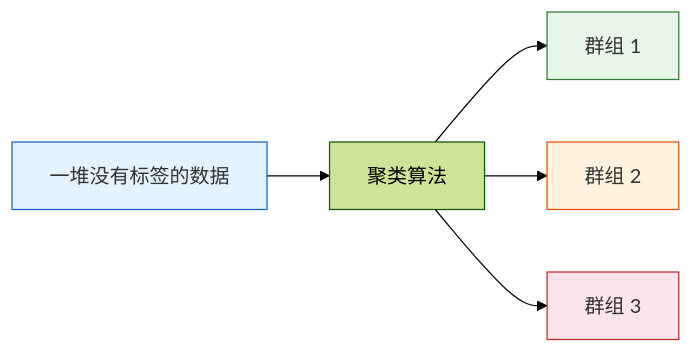
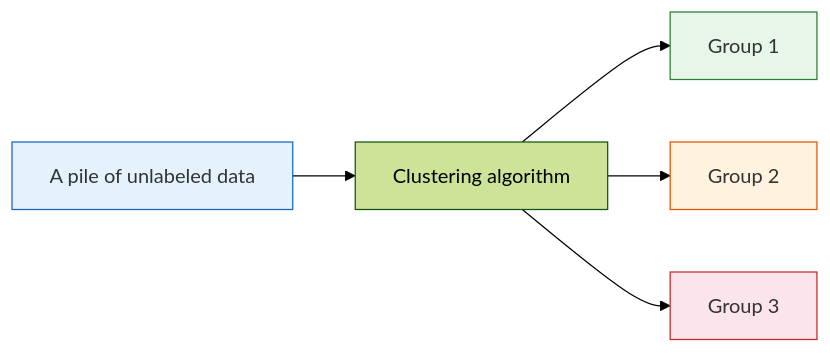
The first of 3 diagrams in docs/ch05-machine-learning/ch03-unsupervised/01-clustering.md (oudbiao/AI-fullstack-course), drawn with Mermaid (forest theme) before and after one commit. The commit also changed other lines of this file and 1406 other files, not shown here.

````diff
--- a/docs/ch05-machine-learning/ch03-unsupervised/01-clustering.md
+++ b/docs/ch05-machine-learning/ch03-unsupervised/01-clustering.md
@@ -63,12 +64,12 @@
 ```mermaid
 flowchart LR
-    D["一堆没有标签的数据"] --> C["聚类算法"]
-    C --> G1["群组 1"]
-    C --> G2["群组 2"]
-    C --> G3["群组 3"]
+    D["A pile of unlabeled data"] --> C["Clustering algorithm"]
+    C --> G1["Group 1"]
+    C --> G2["Group 2"]
+    C --> G3["Group 3"]
 
     style D fill:#e3f2fd,stroke:#1565c0,color:#333
     style G1 fill:#e8f5e9,stroke:#2e7d32,color:#333
     style G2 fill:#fff3e0,stroke:#e65100,color:#333
     style G3 fill:#fce4ec,stroke:#c62828,color:#333
 ```
````
